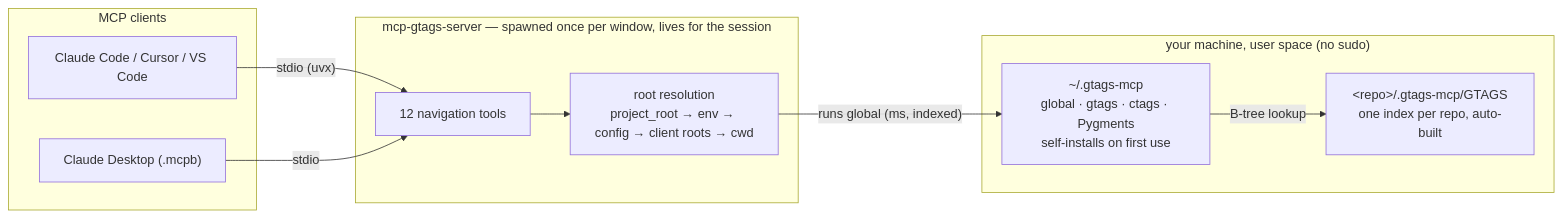
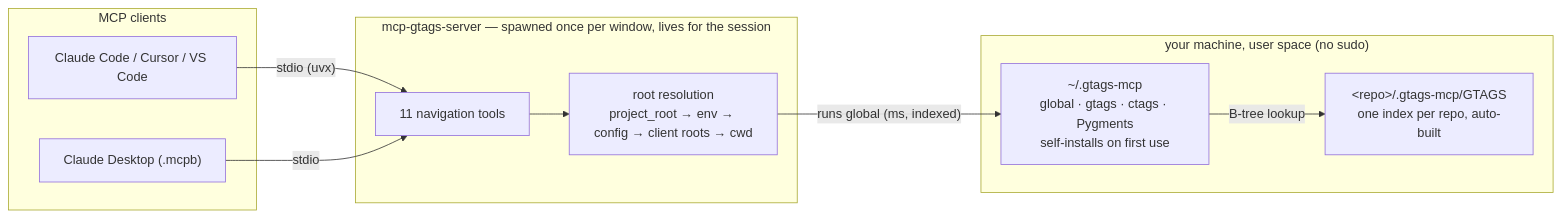
One commit to harshithsunku/mcp-gtags-server changed the first of 2 diagrams in README.md. Above: the diagram before and after it, drawn with Mermaid. The commit also changed other lines of this file and 6 other files, not shown here.

First line of the commit message:
Drop call_hierarchy, halve the tool-schema context cost (v1.3.0)

````diff
--- a/README.md
+++ b/README.md
@@ -375,23 +361,23 @@
 ```mermaid
 flowchart LR
     subgraph clients["MCP clients"]
         CC["Claude Code / Cursor / VS Code"]
         CD["Claude Desktop (.mcpb)"]
     end
 
     subgraph proc["mcp-gtags-server — spawned once per window, lives for the session"]
-        T["12 navigation tools"]
+        T["11 navigation tools"]
         RR["root resolution<br/>project_root → env → config → client roots → cwd"]
     end
 
     subgraph disk["your machine, user space (no sudo)"]
         TC["~/.gtags-mcp<br/>global · gtags · ctags · Pygments<br/>self-installs on first use"]
         IX["&lt;repo&gt;/.gtags-mcp/GTAGS<br/>one index per repo, auto-built"]
     end
 
     CC -- "stdio (uvx)" --> T
     CD -- "stdio" --> T
     T --> RR
     RR -- "runs global (ms, indexed)" --> TC
     TC -- "B-tree lookup" --> IX
 ```
````
